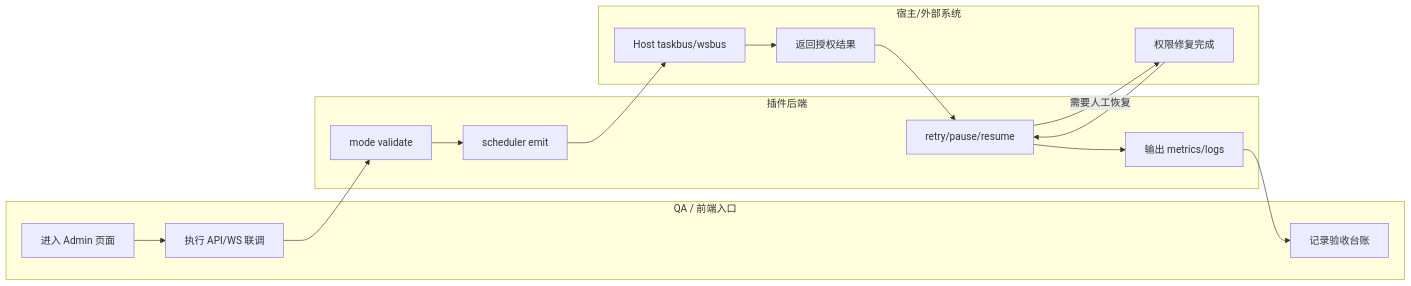
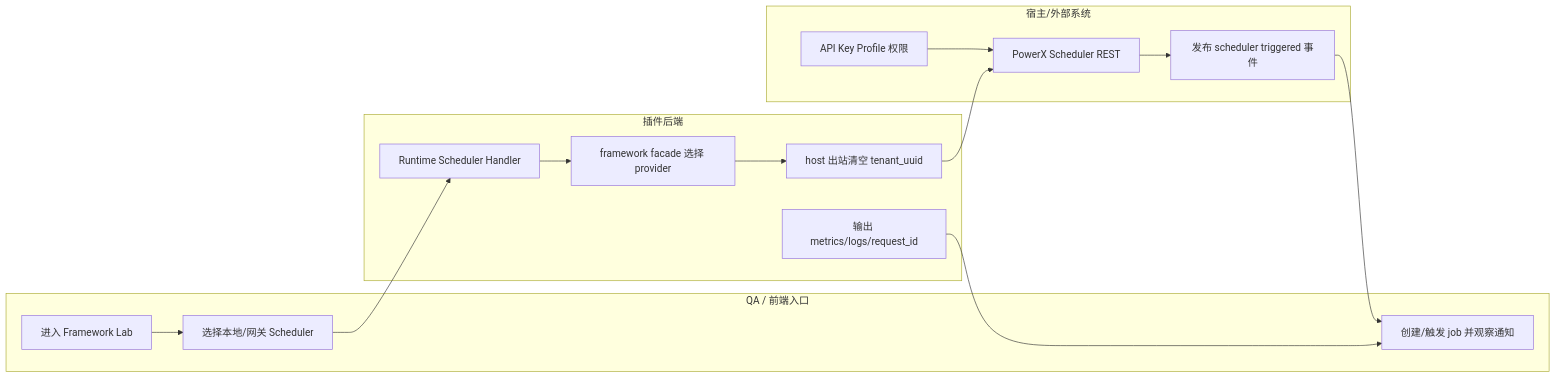
One commit to ArtisanCloud/PowerXPlugin changed the third of 3 diagrams in docs/guides/features/017-async-runtime-scheduler-switch/guide.md. Above: the diagram before and after it, drawn with Mermaid. The commit also changed other lines of this file and 81 other files, not shown here.

````diff
--- a/docs/guides/features/017-async-runtime-scheduler-switch/guide.md
+++ b/docs/guides/features/017-async-runtime-scheduler-switch/guide.md
@@ -60,24 +58,25 @@
 ```mermaid
 flowchart LR
   subgraph L1["QA / 前端入口"]
-    U1["进入 Admin 页面"]
-    U2["执行 API/WS 联调"]
-    U3["记录验收台账"]
+    U1["进入 Framework Lab"]
+    U2["选择本地/网关 Scheduler"]
+    U3["创建/触发 job 并观察通知"]
   end
 
   subgraph L2["插件后端"]
-    B1["mode validate"]
-    B2["scheduler emit"]
-    B3["retry/pause/resume"]
-    B4["输出 metrics/logs"]
+    B1["Runtime Scheduler Handler"]
+    B2["framework facade 选择 provider"]
+    B3["host 出站清空 tenant_uuid"]
+    B4["输出 metrics/logs/request_id"]
   end
 
   subgraph L3["宿主/外部系统"]
-    H1["Host taskbus/wsbus"]
-    H2["返回授权结果"]
-    H3["权限修复完成"]
+    H1["PowerX Scheduler REST"]
+    H2["API Key Profile 权限"]
+    H3["发布 scheduler triggered 事件"]
   end
 
-  U1 --> U2 --> B1 --> B2 --> H1 --> H2 --> B3 --> B4 --> U3
-  B3 -->|需要人工恢复| H3 --> B3
+  U1 --> U2 --> B1 --> B2 --> B3 --> H1
+  H2 --> H1 --> H3 --> U3
+  B4 --> U3
 ```
````
